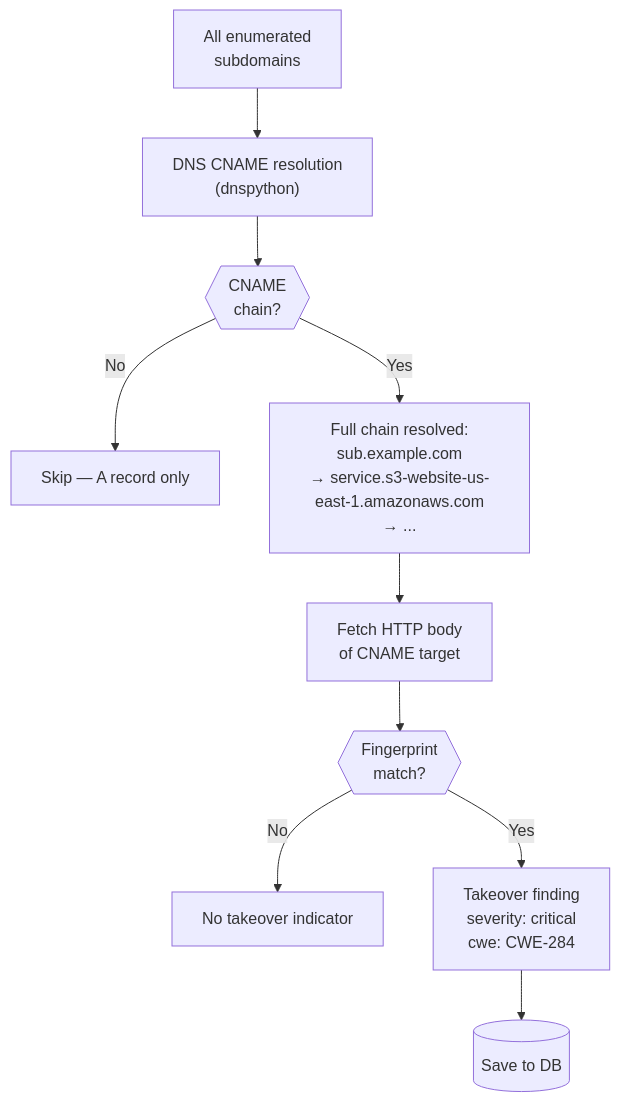
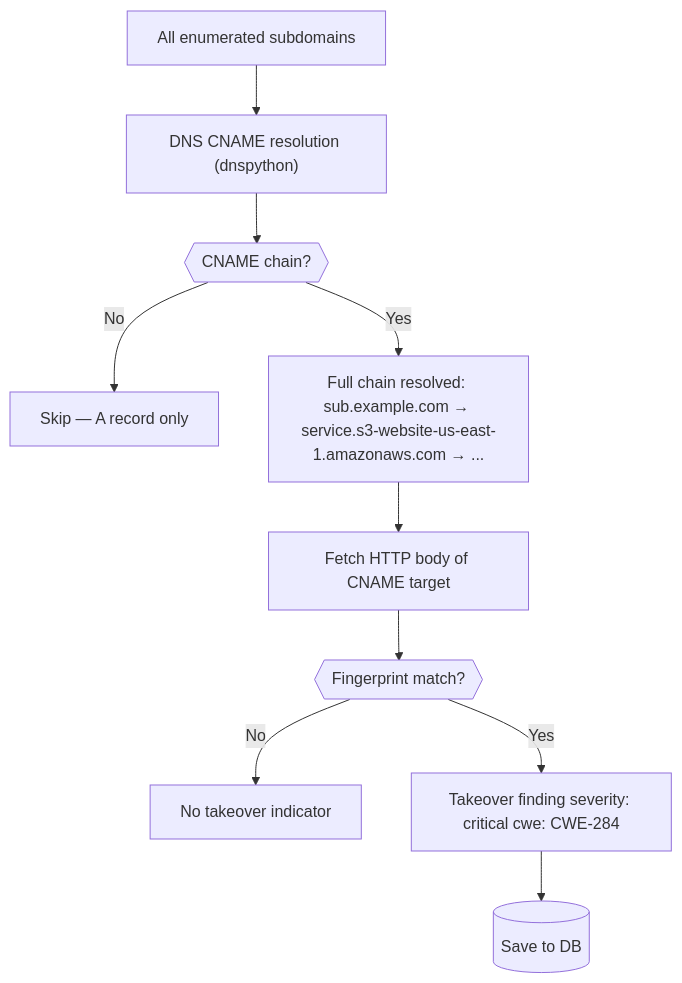
Before and after one commit to chegelawrence/liminal: the eighth of 12 diagrams in README.md, drawn with Mermaid. The commit also changed other lines of this file, not shown here.

````diff
--- a/README.md
+++ b/README.md
@@ -549,16 +549,16 @@
 ```mermaid
 flowchart TD
-    SUBS["All enumerated\nsubdomains"] --> DNS_RES
+    SUBS["All enumerated subdomains"] --> DNS_RES
 
-    DNS_RES["DNS CNAME resolution\n(dnspython)"]
-    DNS_RES --> HAS_CNAME{{"CNAME\nchain?"}}
+    DNS_RES["DNS CNAME resolution (dnspython)"]
+    DNS_RES --> HAS_CNAME{{"CNAME chain?"}}
     HAS_CNAME -->|No| SKIP["Skip — A record only"]
-    HAS_CNAME -->|Yes| CHAIN["Full chain resolved:\nsub.example.com\n→ service.s3-website-us-east-1.amazonaws.com\n→ ..."]
+    HAS_CNAME -->|Yes| CHAIN["Full chain resolved: sub.example.com → service.s3-website-us-east-1.amazonaws.com → ..."]
 
-    CHAIN --> HTTP["Fetch HTTP body\nof CNAME target"]
-    HTTP --> MATCH{{"Fingerprint\nmatch?"}}
+    CHAIN --> HTTP["Fetch HTTP body of CNAME target"]
+    HTTP --> MATCH{{"Fingerprint match?"}}
 
     MATCH -->|No| CLEAN["No takeover indicator"]
-    MATCH -->|Yes| FINDING["Takeover finding\nseverity: critical\ncwe: CWE-284"]
+    MATCH -->|Yes| FINDING["Takeover finding severity: critical cwe: CWE-284"]
     FINDING --> DB[("Save to DB")]
 ```
````
